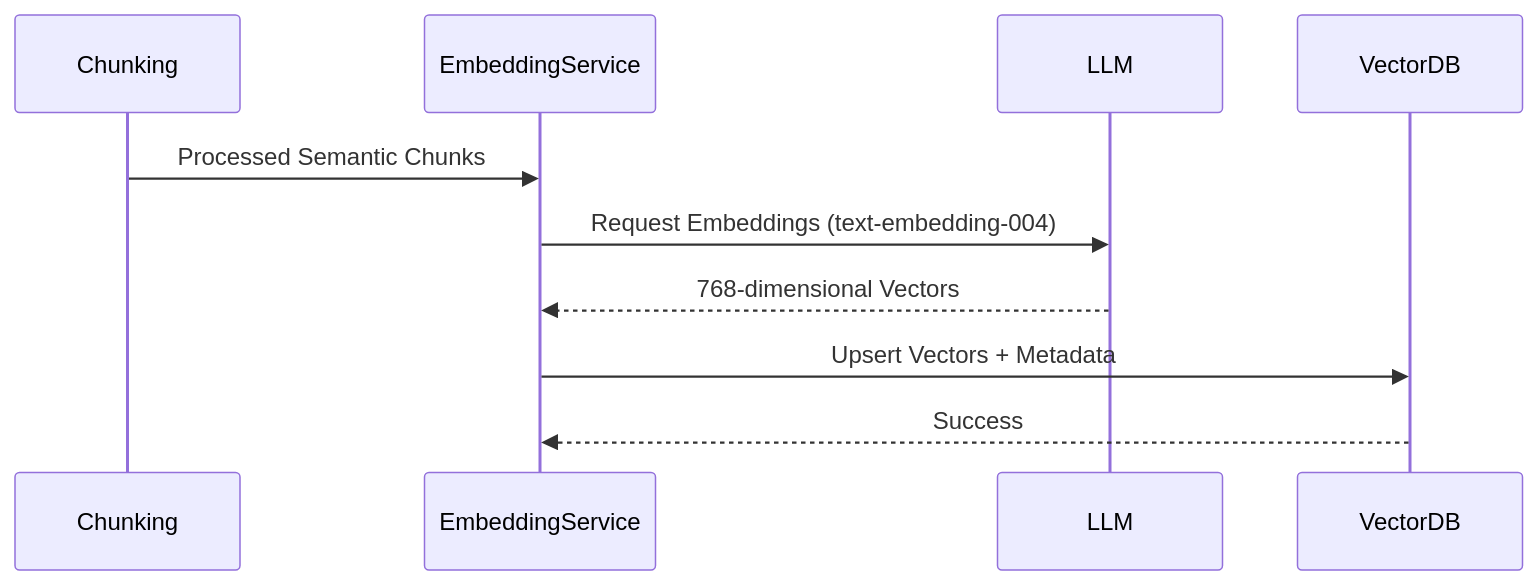
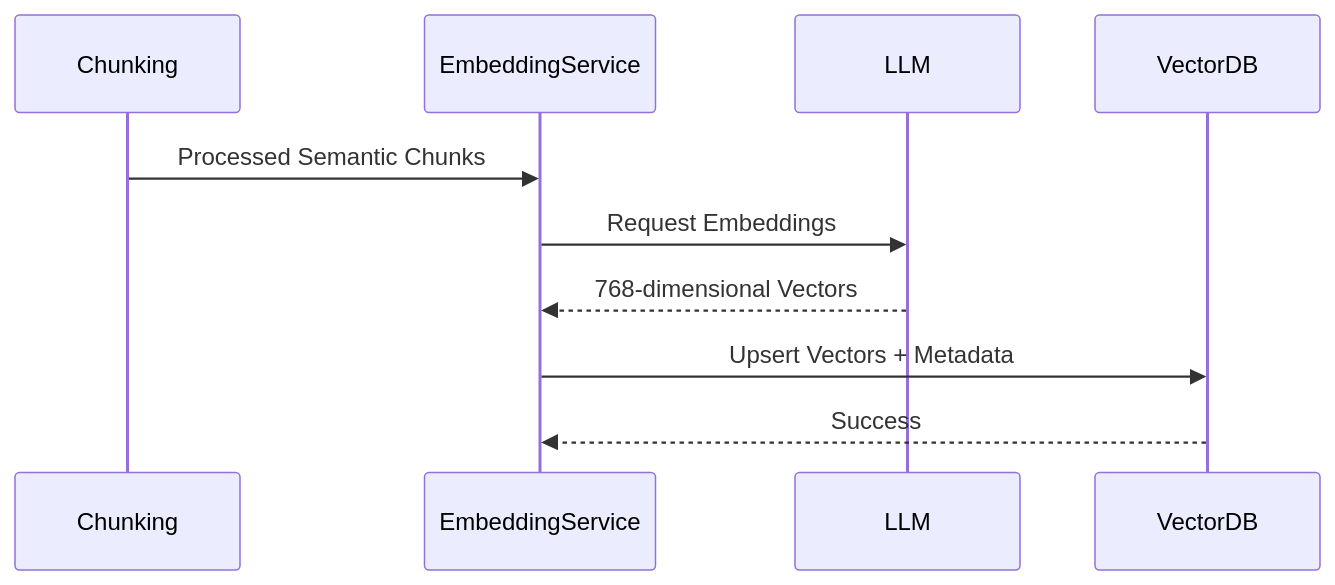
One commit to JaniShivansh1105/Tatvam changed the seventh of 16 diagrams in README.md. Above: the diagram before and after it, drawn with Mermaid. The commit also changed other lines of this file, not shown here.

````diff
--- a/README.md
+++ b/README.md
@@ -150,13 +200,13 @@
 ```mermaid
 sequenceDiagram
     participant Chunking
     participant EmbeddingService
     participant LLM
     participant VectorDB
     
     Chunking->>EmbeddingService: Processed Semantic Chunks
-    EmbeddingService->>LLM: Request Embeddings (text-embedding-004)
+    EmbeddingService->>LLM: Request Embeddings
     LLM-->>EmbeddingService: 768-dimensional Vectors
     EmbeddingService->>VectorDB: Upsert Vectors + Metadata
     VectorDB-->>EmbeddingService: Success
 ```
````
